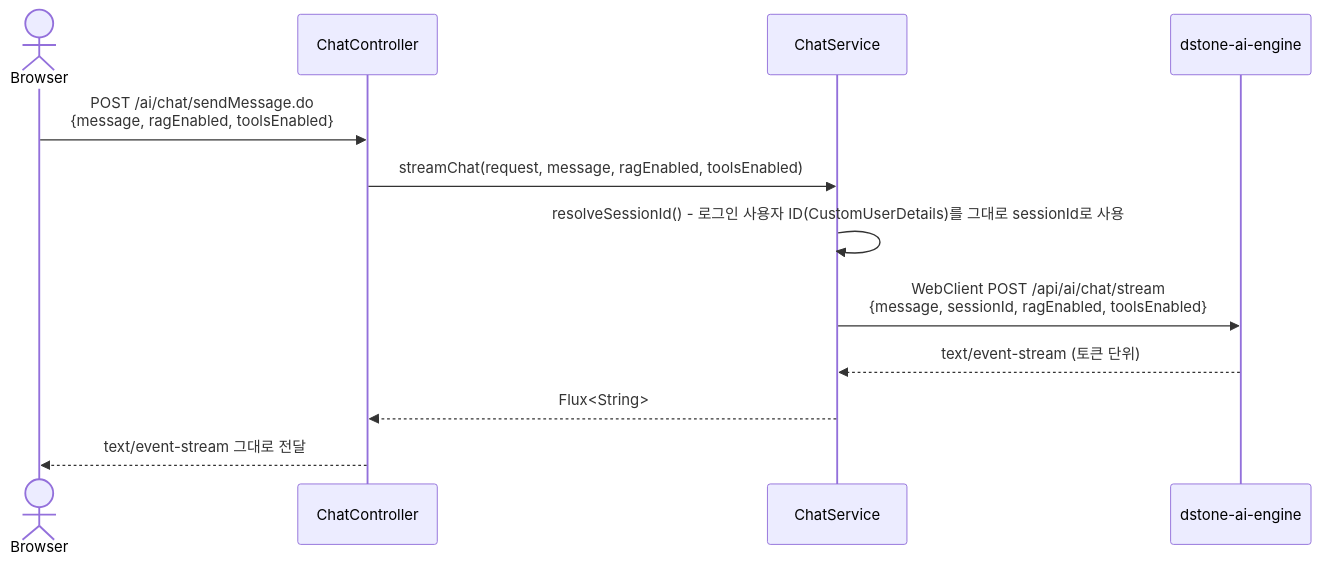
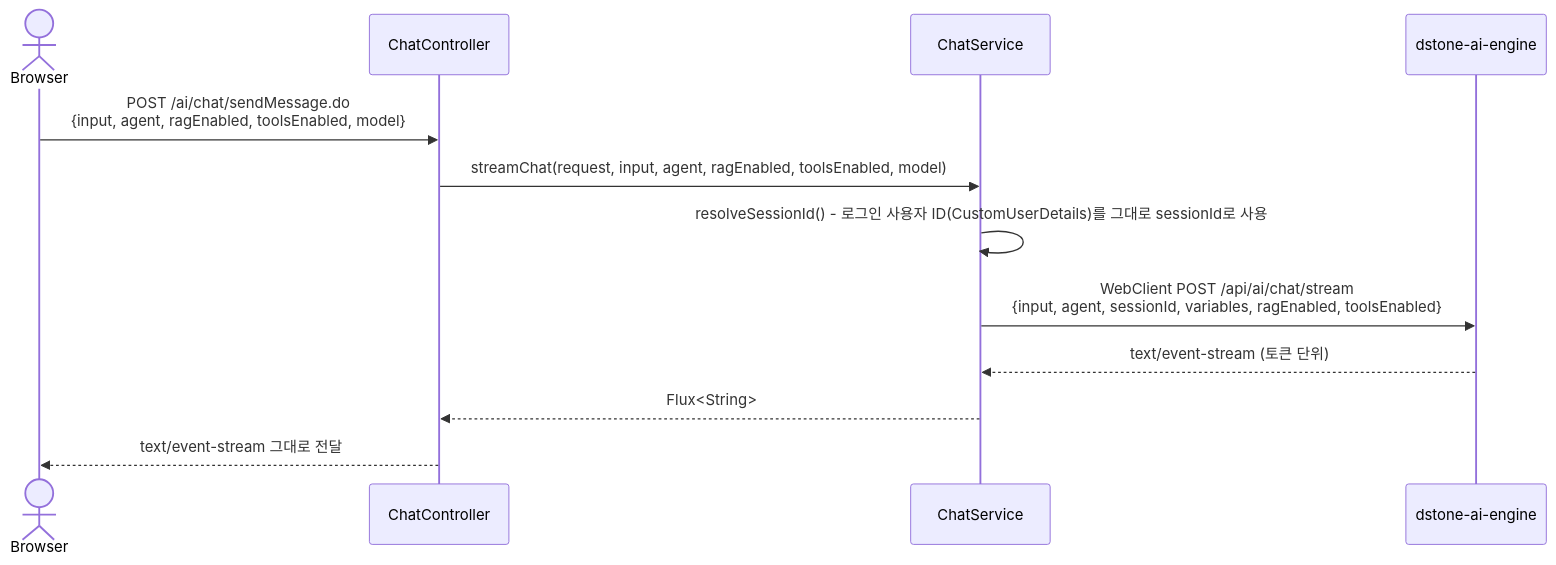
Before and after one commit to YongSoekChoeng/dstone: the second of 5 diagrams in docs/06.dstone-boot.md, drawn with Mermaid. The commit also changed other lines of this file and 97 other files, not shown here.

````diff
--- a/docs/06.dstone-boot.md
+++ b/docs/06.dstone-boot.md
@@ -365,15 +365,15 @@
 ```mermaid
 sequenceDiagram
     actor Browser
     participant Ctrl as ChatController
     participant Svc as ChatService
     participant Engine as dstone-ai-engine
 
-    Browser->>Ctrl: POST /ai/chat/sendMessage.do<br/>{message, ragEnabled, toolsEnabled}
-    Ctrl->>Svc: streamChat(request, message, ragEnabled, toolsEnabled)
+    Browser->>Ctrl: POST /ai/chat/sendMessage.do<br/>{input, agent, ragEnabled, toolsEnabled, model}
+    Ctrl->>Svc: streamChat(request, input, agent, ragEnabled, toolsEnabled, model)
     Svc->>Svc: resolveSessionId() - 로그인 사용자 ID(CustomUserDetails)를 그대로 sessionId로 사용
-    Svc->>Engine: WebClient POST /api/ai/chat/stream<br/>{message, sessionId, ragEnabled, toolsEnabled}
+    Svc->>Engine: WebClient POST /api/ai/chat/stream<br/>{input, agent, sessionId, variables, ragEnabled, toolsEnabled}
     Engine-->>Svc: text/event-stream (토큰 단위)
     Svc-->>Ctrl: Flux<String>
     Ctrl-->>Browser: text/event-stream 그대로 전달
 ```
````
